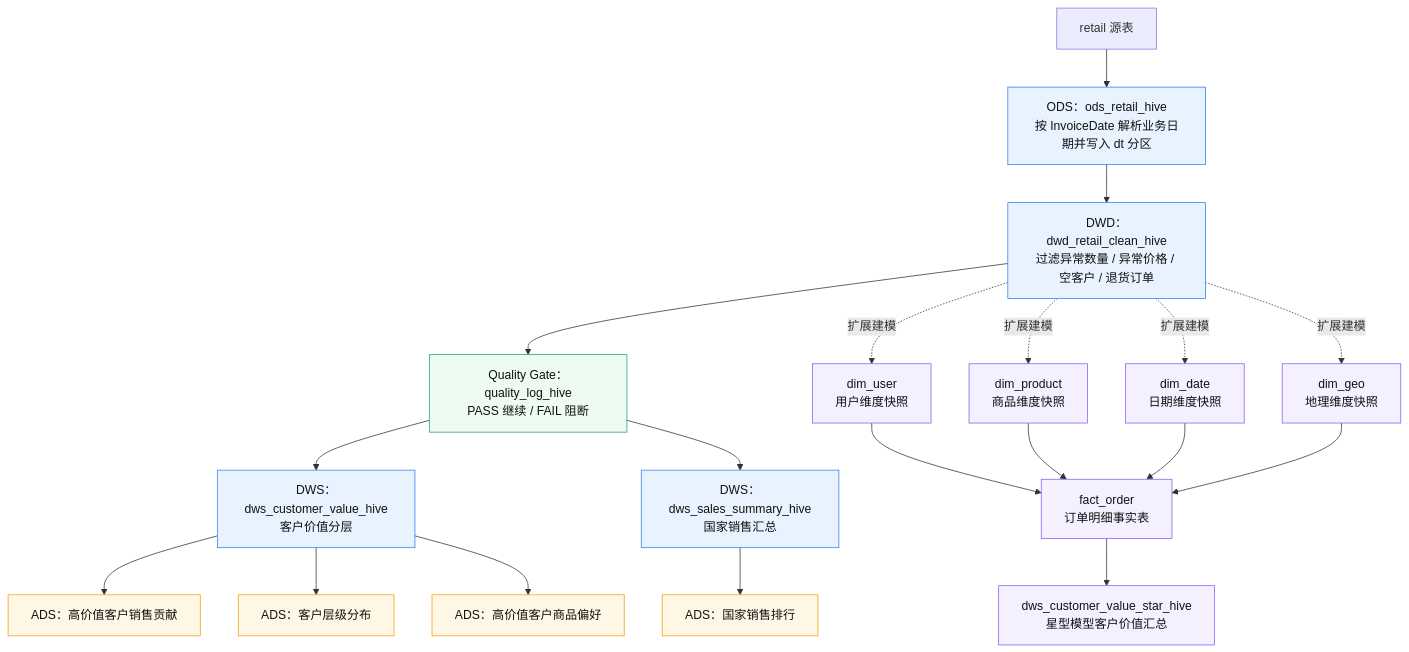
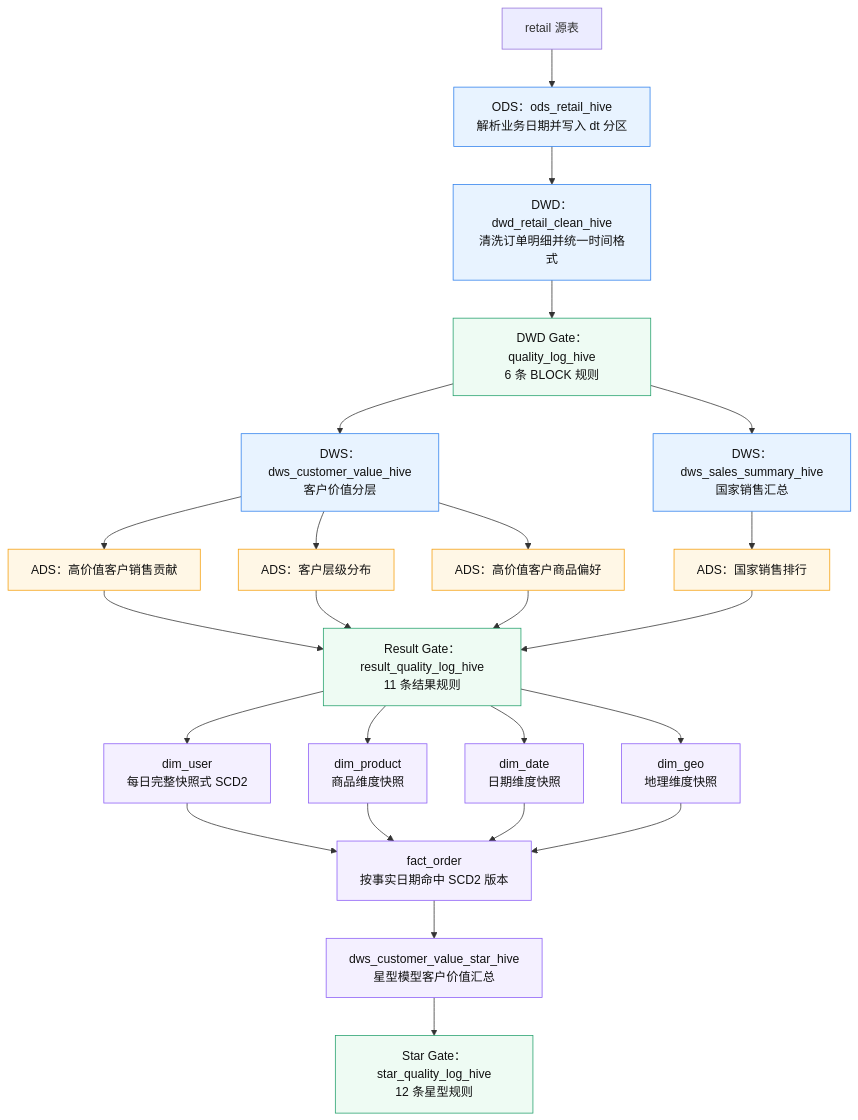
One commit to 2026heita/retail_project changed the second of 2 diagrams in README.md. Above: the diagram before and after it, drawn with Mermaid. The commit also changed other lines of this file and 21 other files, not shown here.

Commit message:
升级 Hive 质量门禁、SCD2 星型模型和项目文档

````diff
--- a/README.md
+++ b/README.md
@@ -43,33 +47,39 @@
 ```mermaid
 flowchart TB
-    S["retail 源表"] --> ODS["ODS：ods_retail_hive<br/>按 InvoiceDate 解析业务日期并写入 dt 分区"]
-    ODS --> DWD["DWD：dwd_retail_clean_hive<br/>过滤异常数量 / 异常价格 / 空客户 / 退货订单"]
+    S["retail 源表"] --> ODS["ODS：ods_retail_hive<br/>解析业务日期并写入 dt 分区"]
+    ODS --> DWD["DWD：dwd_retail_clean_hive<br/>清洗订单明细并统一时间格式"]
 
-    DWD --> QL["Quality Gate：quality_log_hive<br/>PASS 继续 / FAIL 阻断"]
-    QL --> DWS1["DWS：dws_customer_value_hive<br/>客户价值分层"]
-    QL --> DWS2["DWS：dws_sales_summary_hive<br/>国家销售汇总"]
+    DWD --> Q1["DWD Gate：quality_log_hive<br/>6 条 BLOCK 规则"]
+    Q1 --> DWS1["DWS：dws_customer_value_hive<br/>客户价值分层"]
+    Q1 --> DWS2["DWS：dws_sales_summary_hive<br/>国家销售汇总"]
 
     DWS1 --> ADS1["ADS：高价值客户销售贡献"]
     DWS1 --> ADS2["ADS：客户层级分布"]
     DWS1 --> ADS4["ADS：高价值客户商品偏好"]
     DWS2 --> ADS3["ADS：国家销售排行"]
 
-    DWD -. 扩展建模 .-> U["dim_user<br/>用户维度快照"]
-    DWD -. 扩展建模 .-> P["dim_product<br/>商品维度快照"]
-    DWD -. 扩展建模 .-> T["dim_date<br/>日期维度快照"]
-    DWD -. 扩展建模 .-> G["dim_geo<br/>地理维度快照"]
-    U --> FO["fact_order<br/>订单明细事实表"]
+    ADS1 --> Q2["Result Gate：result_quality_log_hive<br/>11 条结果规则"]
+    ADS2 --> Q2
+    ADS3 --> Q2
+    ADS4 --> Q2
+
+    Q2 --> U["dim_user<br/>每日完整快照式 SCD2"]
+    Q2 --> P["dim_product<br/>商品维度快照"]
+    Q2 --> T["dim_date<br/>日期维度快照"]
+    Q2 --> G["dim_geo<br/>地理维度快照"]
+    U --> FO["fact_order<br/>按事实日期命中 SCD2 版本"]
     P --> FO
     T --> FO
     G --> FO
     FO --> STAR["dws_customer_value_star_hive<br/>星型模型客户价值汇总"]
+    STAR --> Q3["Star Gate：star_quality_log_hive<br/>12 条星型规则"]
 
     classDef layer fill:#e8f3ff,stroke:#2f80ed,stroke-width:1px,color:#111;
     classDef ads fill:#fff7e6,stroke:#f59e0b,stroke-width:1px,color:#111;
     classDef star fill:#f4f0ff,stroke:#8b5cf6,stroke-width:1px,color:#111;
     classDef check fill:#eefbf3,stroke:#22a06b,stroke-width:1px,color:#111;
     class ODS,DWD,DWS1,DWS2 layer;
-    class QL check;
     class ADS1,ADS2,ADS3,ADS4 ads;
     class U,P,T,G,FO,STAR star;
+    class Q1,Q2,Q3 check;
 ```
````
